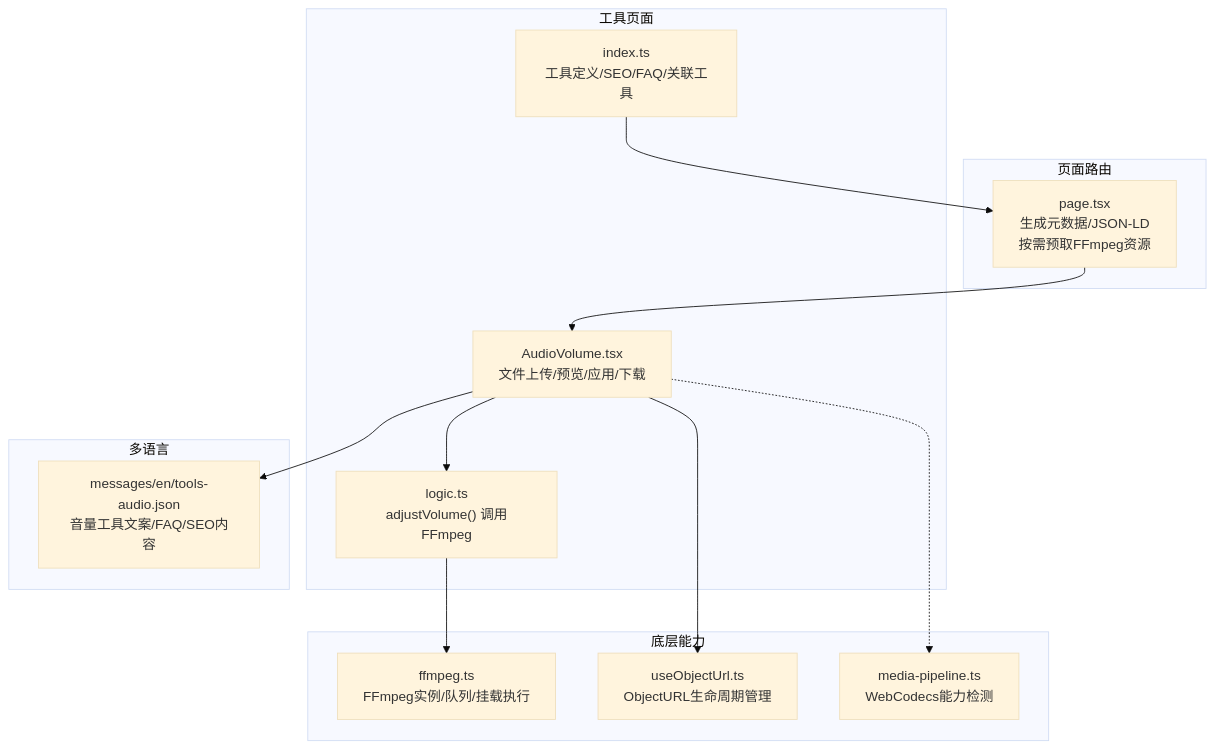
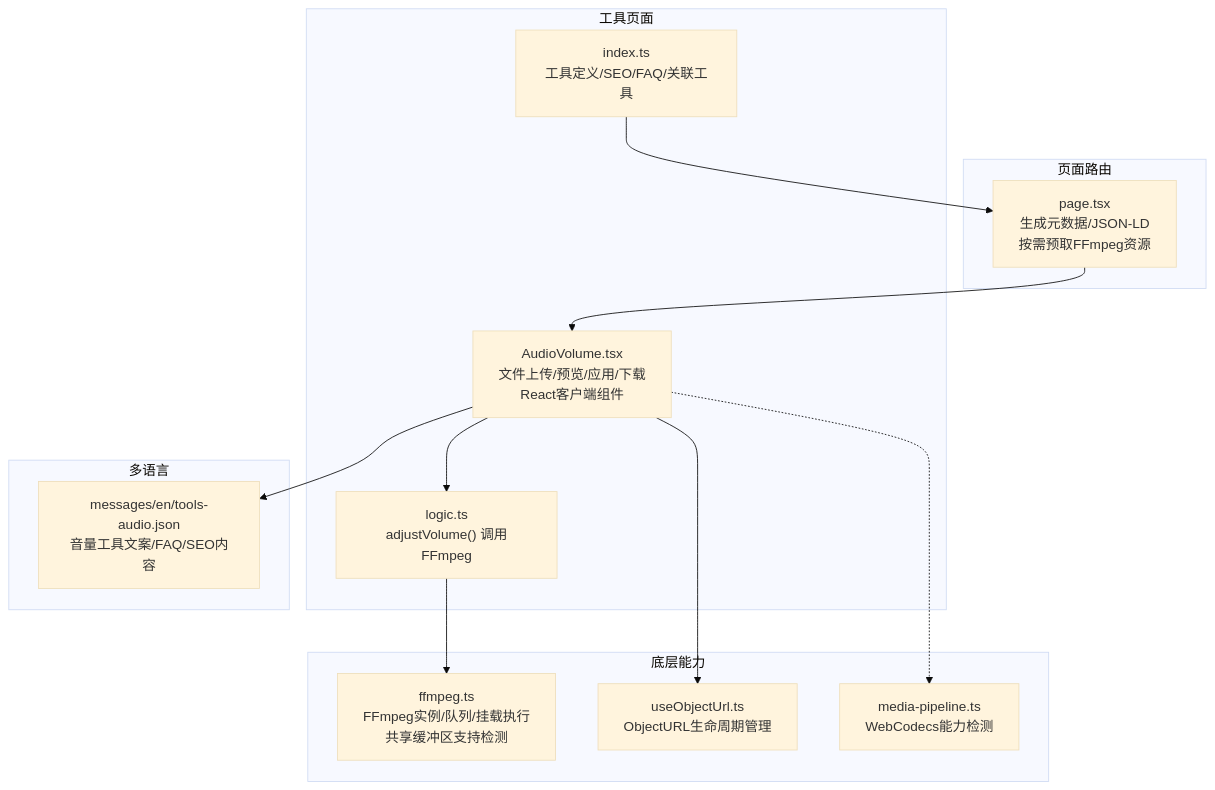
The first of 6 diagrams in .qoder/repowiki/zh/content/音频工具/音量调节.md (sgyy/privadeck), drawn with Mermaid (base theme) before and after one commit. The commit also changed other lines of this file and 2 other files, not shown here.

````diff
--- a/.qoder/repowiki/zh/content/音频工具/音量调节.md
+++ b/.qoder/repowiki/zh/content/音频工具/音量调节.md
@@ -42,26 +54,26 @@
 ```mermaid
 graph TB
 subgraph "页面路由"
 Page["page.tsx<br/>生成元数据/JSON-LD<br/>按需预取FFmpeg资源"]
 end
 subgraph "工具页面"
-Client["AudioVolume.tsx<br/>文件上传/预览/应用/下载"]
+Client["AudioVolume.tsx<br/>文件上传/预览/应用/下载<br/>React客户端组件"]
 Logic["logic.ts<br/>adjustVolume() 调用FFmpeg"]
 Index["index.ts<br/>工具定义/SEO/FAQ/关联工具"]
 end
 subgraph "底层能力"
-FFmpegLib["ffmpeg.ts<br/>FFmpeg实例/队列/挂载执行"]
+FFmpegLib["ffmpeg.ts<br/>FFmpeg实例/队列/挂载执行<br/>共享缓冲区支持检测"]
 ObjUrl["useObjectUrl.ts<br/>ObjectURL生命周期管理"]
 MediaPipe["media-pipeline.ts<br/>WebCodecs能力检测"]
 end
 subgraph "多语言"
 I18N["messages/en/tools-audio.json<br/>音量工具文案/FAQ/SEO内容"]
 end
 Page --> Client
 Client --> Logic
 Client --> ObjUrl
 Logic --> FFmpegLib
 Client --> I18N
 Index --> Page
 Client -.-> MediaPipe
 ```
````
